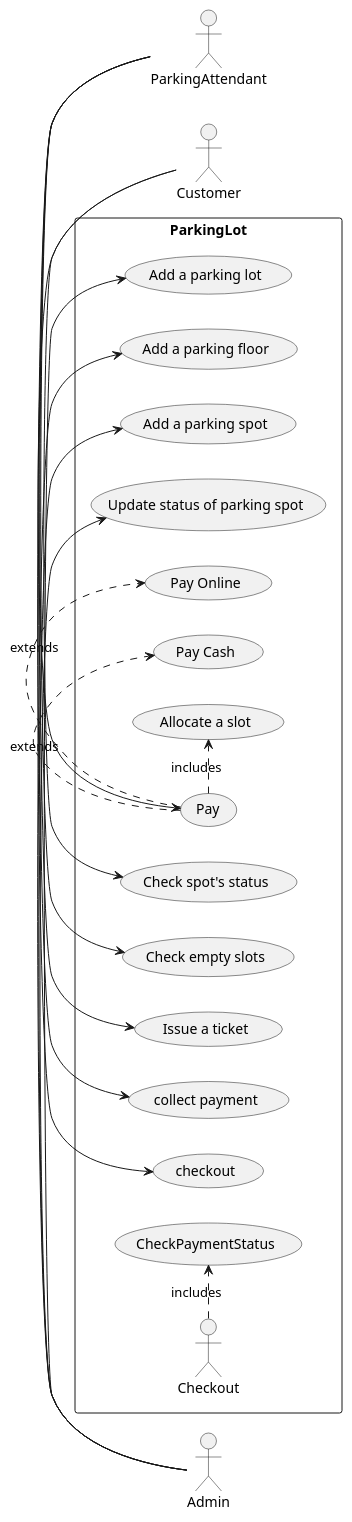
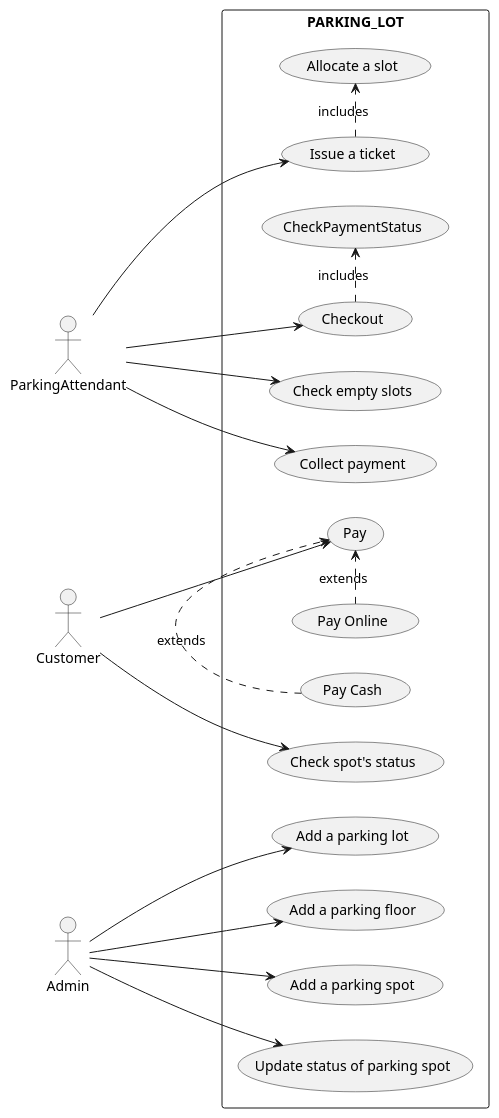
One commit to asku3000/Design-Diagrams changed the diagram in ParkingLot/ParkingLotDesign.md. Above: the diagram before and after it, drawn with PlantUML.

Commit message:
use case diagram fix

````diff
--- a/ParkingLot/ParkingLotDesign.md
+++ b/ParkingLot/ParkingLotDesign.md
@@ -101,33 +101,36 @@
 ```plantuml
 @startuml
 left to right direction
 actor ParkingAttendant
 actor Customer
 actor Admin
-rectangle ParkingLot{
-    Admin -> (Add a parking lot)
-    Admin -> (Add a parking floor)
-    Admin -> (Add a parking spot)
-    Admin -> (Update status of parking spot)
+
+rectangle PARKING_LOT {
+    Admin --> (Add a parking lot)
+    Admin --> (Add a parking floor)
+    Admin --> (Add a parking spot)
+    Admin --> (Update status of parking spot)
 
     usecase "Pay" as Pay
     usecase "Pay Online" as PayOnline
     usecase "Pay Cash" as PayCash
 
-    Customer -> (Pay)
-    Customer -> (Check spot's status)
+    Customer --> (Pay)
+    Customer --> (Check spot's status)
 
-    Pay .> (PayOnline) : extends
-    Pay .> (PayCash) : extends
+    PayOnline .> (Pay) : extends
+    PayCash .> (Pay) : extends
 
-    ParkingAttendant -> (Check empty slots)
-    ParkingAttendant -> (Issue a ticket)
-    ParkingAttendant -> (collect payment)
-    ParkingAttendant -> (checkout)
 
-    Pay .> (Allocate a slot) : includes
+    ParkingAttendant --> (Check empty slots)
+    ParkingAttendant --> (Issue a ticket)
+    ParkingAttendant --> (Collect payment)
+    ParkingAttendant --> (Checkout)
+
+    (Issue a ticket) .> (Allocate a slot) : includes
     Checkout .> (CheckPaymentStatus) : includes
+
 }
 
 @enduml
 ```
````
